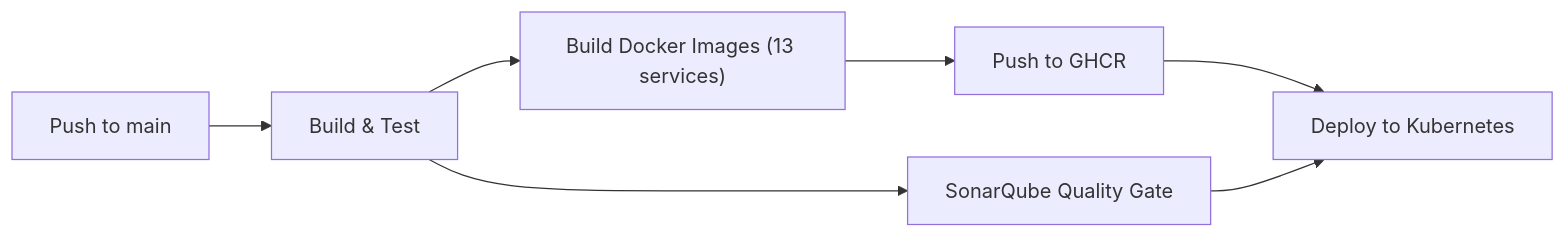
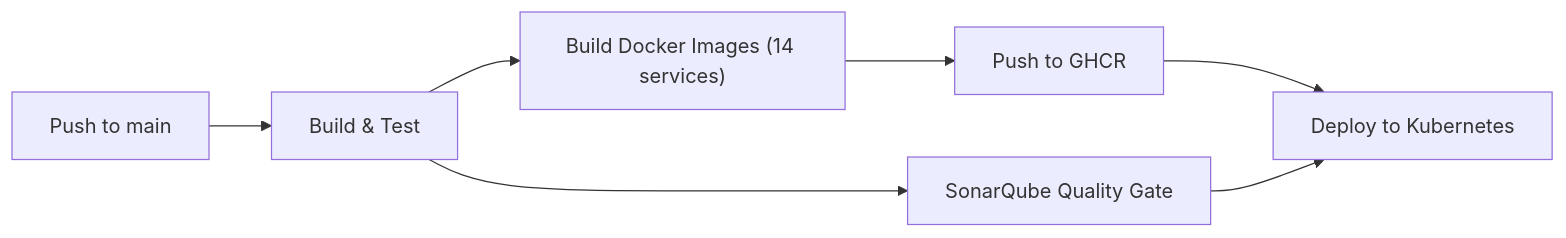
One commit to code-rana-arijit/Medikit changed the third of 3 diagrams in README.md. Above: the diagram before and after it, drawn with Mermaid. The commit also changed other lines of this file and 23 other files, not shown here.

````diff
--- a/README.md
+++ b/README.md
@@ -372,9 +382,9 @@
 ```mermaid
 graph LR
     A["Push to main"] --> B["Build & Test"]
     B --> C["SonarQube Quality Gate"]
-    B --> D["Build Docker Images (13 services)"]
+    B --> D["Build Docker Images (14 services)"]
     D --> E["Push to GHCR"]
     E --> F["Deploy to Kubernetes"]
     C --> F
 ```
````
